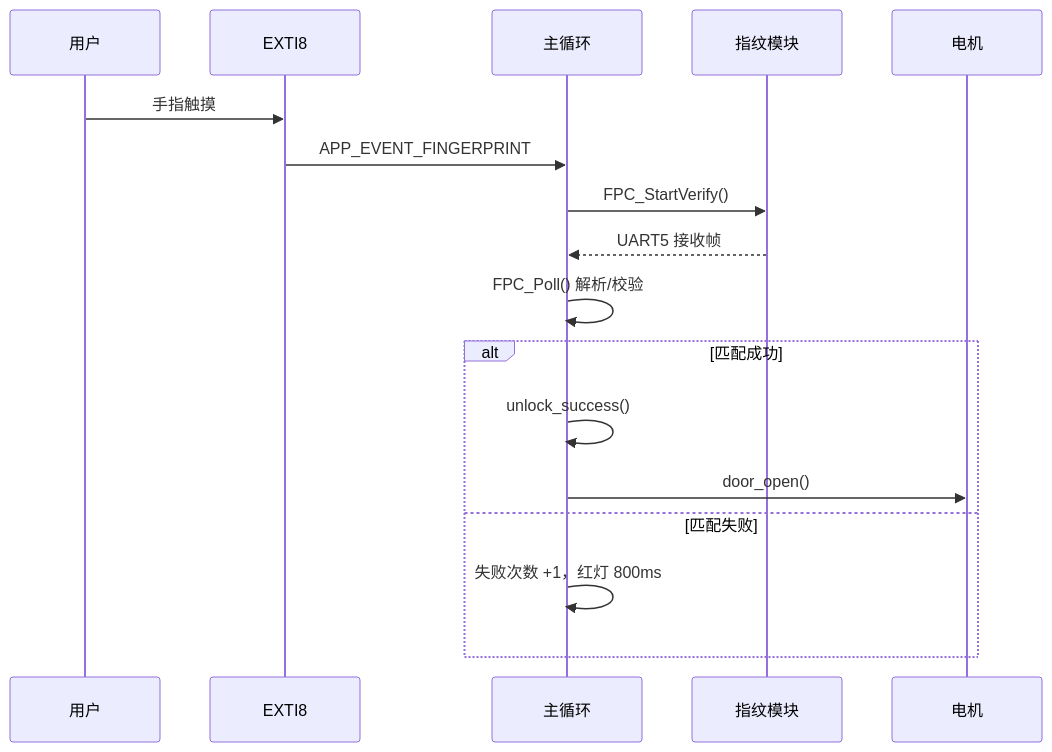
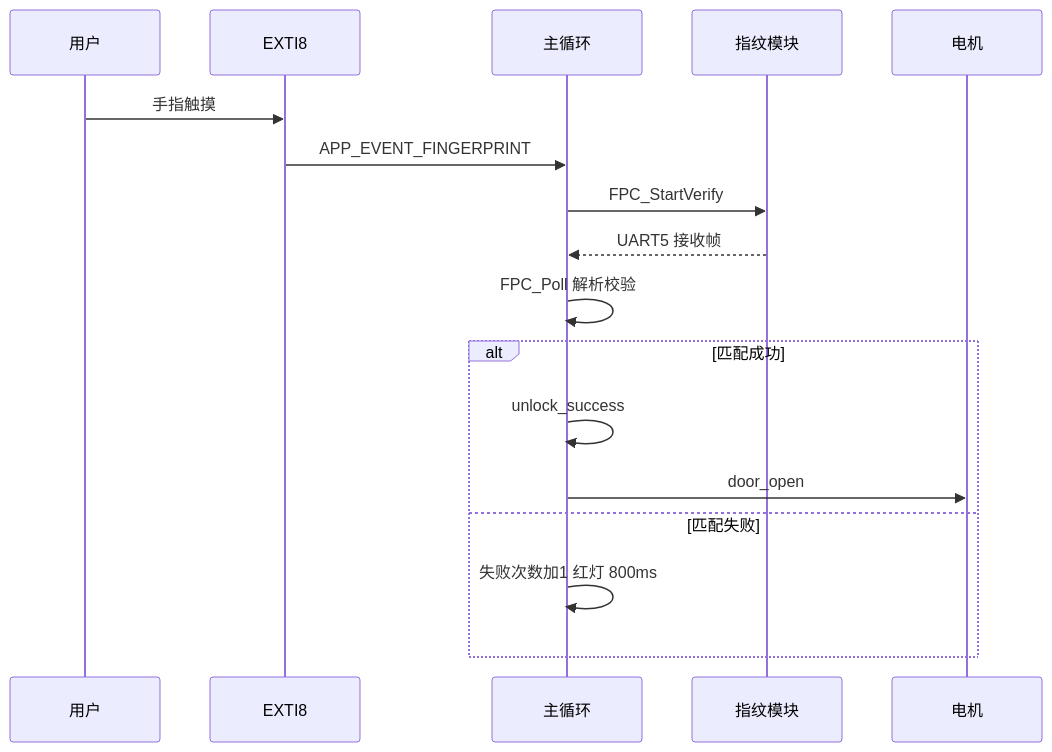
One commit to Bury621/Awesome_Lock changed the third of 3 diagrams in README.md. Above: the diagram before and after it, drawn with Mermaid. The commit also changed other lines of this file, not shown here.

Commit message:
修复 README Mermaid 格式

````diff
--- a/README.md
+++ b/README.md
@@ -152,20 +152,20 @@
 ```mermaid
 sequenceDiagram
     participant U as 用户
     participant EXTI as EXTI8
-    participant Main as 主循环
+    participant App as 主循环
     participant FPC as 指纹模块
     participant Motor as 电机
 
     U->>EXTI: 手指触摸
-    EXTI->>Main: APP_EVENT_FINGERPRINT
-    Main->>FPC: FPC_StartVerify()
-    FPC-->>Main: UART5 接收帧
-    Main->>Main: FPC_Poll() 解析/校验
+    EXTI->>App: APP_EVENT_FINGERPRINT
+    App->>FPC: FPC_StartVerify
+    FPC-->>App: UART5 接收帧
+    App->>App: FPC_Poll 解析校验
     alt 匹配成功
-        Main->>Main: unlock_success()
-        Main->>Motor: door_open()
+        App->>App: unlock_success
+        App->>Motor: door_open
     else 匹配失败
-        Main->>Main: 失败次数 +1，红灯 800ms
+        App->>App: 失败次数加1 红灯 800ms
     end
 ```
````
